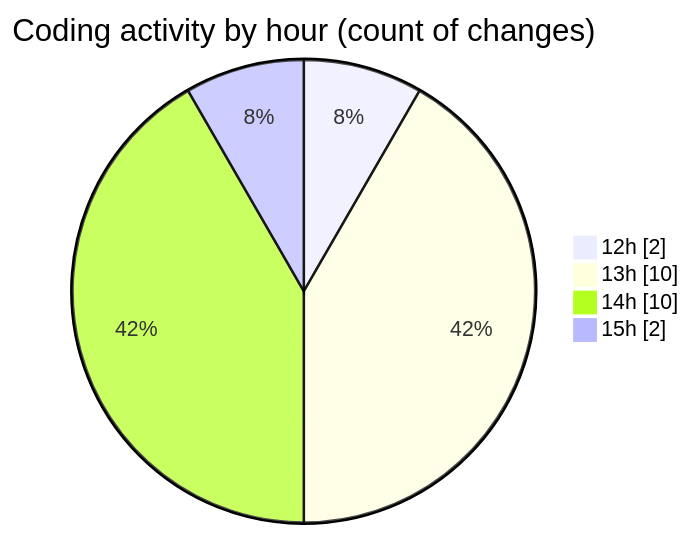
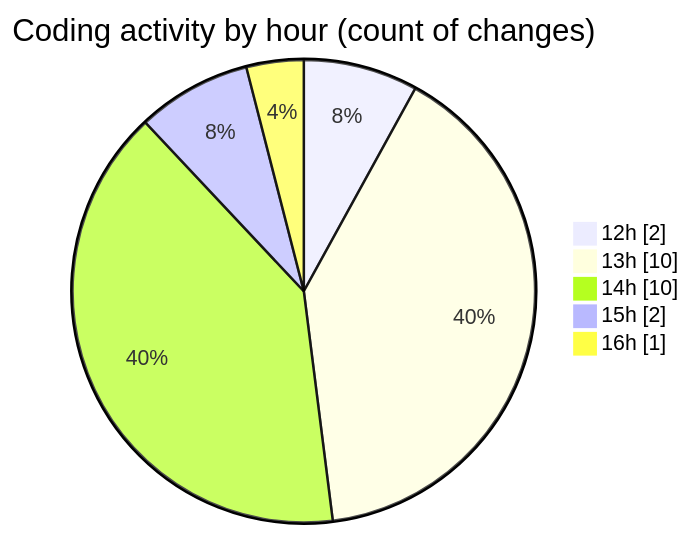
One commit to shibass792/code-tracking changed the second of 2 diagrams in 2026-07-12/untitled__workspace_/README.md. Above: the diagram before and after it, drawn with Mermaid. The commit also changed other lines of this file and 1 other file, not shown here.

````diff
--- a/2026-07-12/untitled__workspace_/README.md
+++ b/2026-07-12/untitled__workspace_/README.md
@@ -32,8 +34,9 @@
 ```mermaid
 pie showData
 title Coding activity by hour (count of changes)
 "12h" : 2
 "13h" : 10
 "14h" : 10
 "15h" : 2
+"16h" : 1
 ```
````
